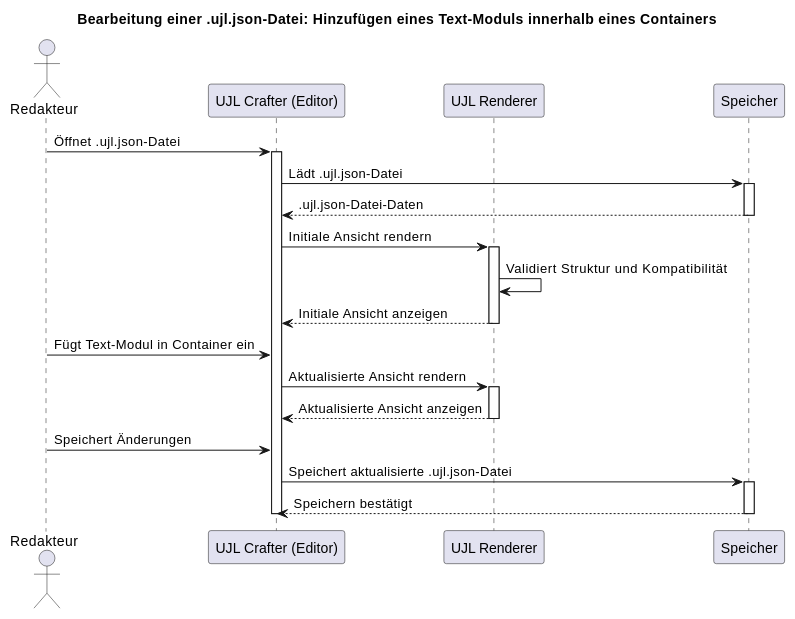
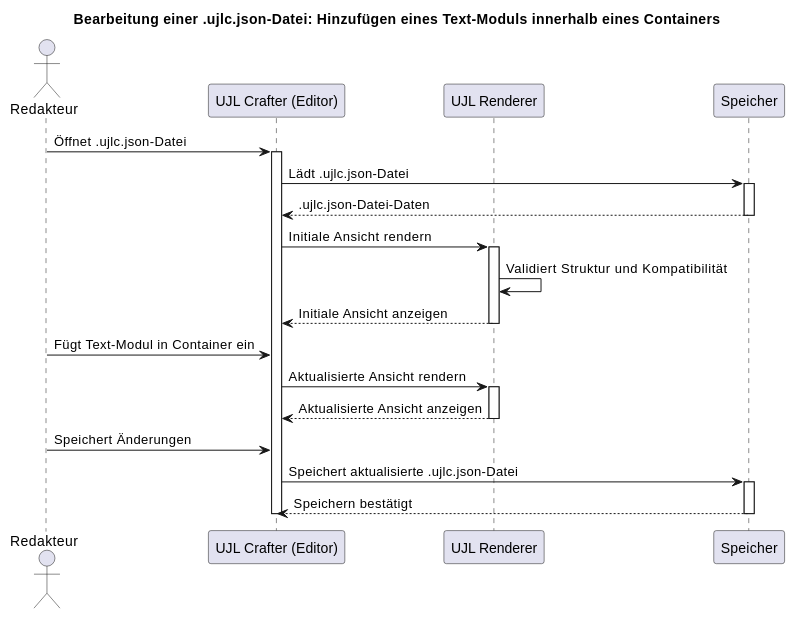
The first of 2 diagrams in apps/docs/src/06-runtime-view.md (mainzcript/ujl), drawn with PlantUML before and after one commit. The commit also changed other lines of this file and 131 other files, not shown here.

````diff
--- a/apps/docs/src/06-runtime-view.md
+++ b/apps/docs/src/06-runtime-view.md
@@ -16,37 +16,37 @@
 ```plantuml
 @startuml
-title Bearbeitung einer .ujl.json-Datei: Hinzufügen eines Text-Moduls innerhalb eines Containers
+title Bearbeitung einer .ujlc.json-Datei: Hinzufügen eines Text-Moduls innerhalb eines Containers
 
 actor "Redakteur" as CM
 participant "UJL Crafter (Editor)" as Editor
 participant "UJL Renderer" as Renderer
 participant "Speicher" as Storage
 
-CM -> Editor: Öffnet .ujl.json-Datei
+CM -> Editor: Öffnet .ujlc.json-Datei
 activate Editor
-Editor -> Storage: Lädt .ujl.json-Datei
+Editor -> Storage: Lädt .ujlc.json-Datei
 activate Storage
-Storage --> Editor: .ujl.json-Datei-Daten
+Storage --> Editor: .ujlc.json-Datei-Daten
 deactivate Storage
 
 Editor -> Renderer: Initiale Ansicht rendern
 activate Renderer
 Renderer -> Renderer: Validiert Struktur und Kompatibilität
 Renderer --> Editor: Initiale Ansicht anzeigen
 deactivate Renderer
 
 CM -> Editor: Fügt Text-Modul in Container ein
 Editor -> Renderer: Aktualisierte Ansicht rendern
 activate Renderer
 Renderer --> Editor: Aktualisierte Ansicht anzeigen
 deactivate Renderer
 
 CM -> Editor: Speichert Änderungen
-Editor -> Storage: Speichert aktualisierte .ujl.json-Datei
+Editor -> Storage: Speichert aktualisierte .ujlc.json-Datei
 activate Storage
 Storage --> Editor: Speichern bestätigt
 deactivate Storage
 deactivate Editor
 
 @enduml
 ```
````
